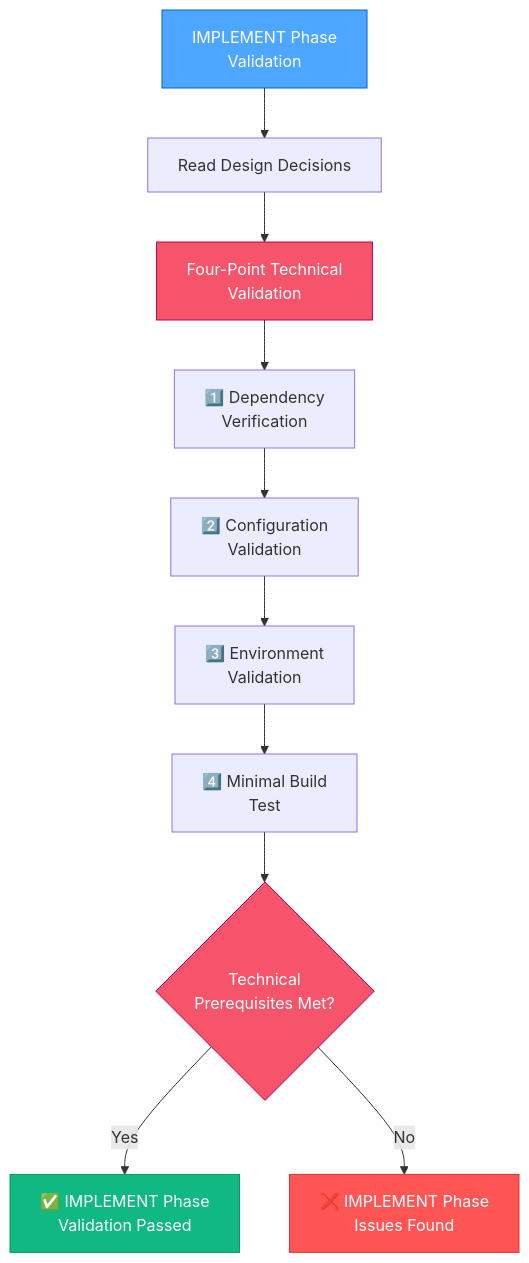
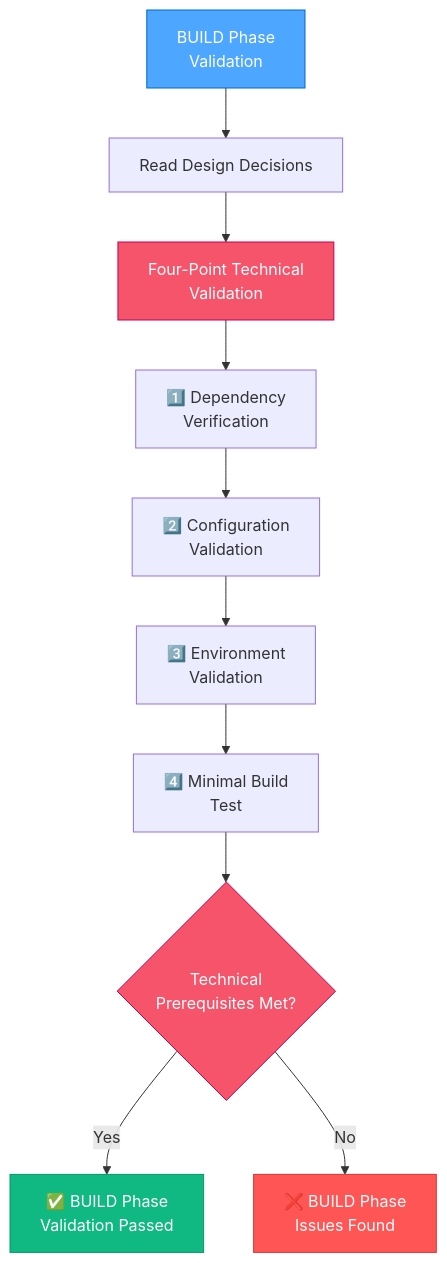
Before and after one commit to aleasweb/cityQuest: the ninth of 10 diagrams in .cursor/rules/isolation_rules/visual-maps/qa-mode-map.mdc, drawn with Mermaid. The commit also changed other lines of this file and 26 other files, not shown here.

````diff
--- a/.cursor/rules/isolation_rules/visual-maps/qa-mode-map.mdc
+++ b/.cursor/rules/isolation_rules/visual-maps/qa-mode-map.mdc
@@ -215,20 +215,20 @@
 ```mermaid
 graph TD
-    IMPLEMENT["IMPLEMENT Phase<br>Validation"] --> ReadDesign["Read Design Decisions"]
+    BUILD["BUILD Phase<br>Validation"] --> ReadDesign["Read Design Decisions"]
     ReadDesign --> FourChecks["Four-Point Technical<br>Validation"]
     
     FourChecks --> DepCheck["1️⃣ Dependency<br>Verification"]
     DepCheck --> ConfigCheck["2️⃣ Configuration<br>Validation"]
     ConfigCheck --> EnvCheck["3️⃣ Environment<br>Validation"]
     EnvCheck --> MinBuildCheck["4️⃣ Minimal Build<br>Test"]
     
-    MinBuildCheck --> IMPLEMENTConsistency{"Technical<br>Prerequisites Met?"}
-    IMPLEMENTConsistency -->|"Yes"| PassIMPLEMENT["✅ IMPLEMENT Phase<br>Validation Passed"]
-    IMPLEMENTConsistency -->|"No"| FailIMPLEMENT["❌ IMPLEMENT Phase<br>Issues Found"]
+    MinBuildCheck --> BUILDConsistency{"Technical<br>Prerequisites Met?"}
+    BUILDConsistency -->|"Yes"| PassBUILD["✅ BUILD Phase<br>Validation Passed"]
+    BUILDConsistency -->|"No"| FailBUILD["❌ BUILD Phase<br>Issues Found"]
     
-    style IMPLEMENT fill:#4da6ff,stroke:#0066cc,color:white
+    style BUILD fill:#4da6ff,stroke:#0066cc,color:white
     style FourChecks fill:#f6546a,stroke:#c30052,color:white
-    style IMPLEMENTConsistency fill:#f6546a,stroke:#c30052,color:white
-    style PassIMPLEMENT fill:#10b981,stroke:#059669,color:white
-    style FailIMPLEMENT fill:#ff5555,stroke:#dd3333,color:white
+    style BUILDConsistency fill:#f6546a,stroke:#c30052,color:white
+    style PassBUILD fill:#10b981,stroke:#059669,color:white
+    style FailBUILD fill:#ff5555,stroke:#dd3333,color:white
 ```
````
